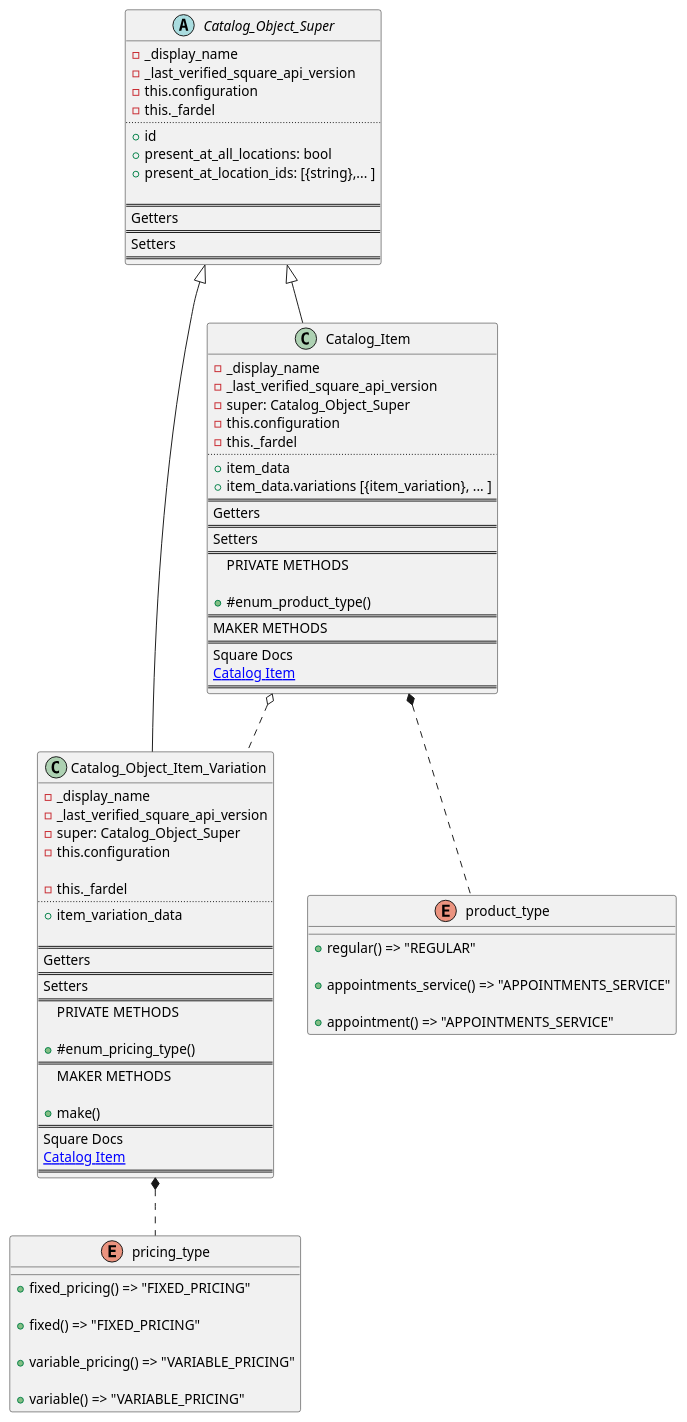
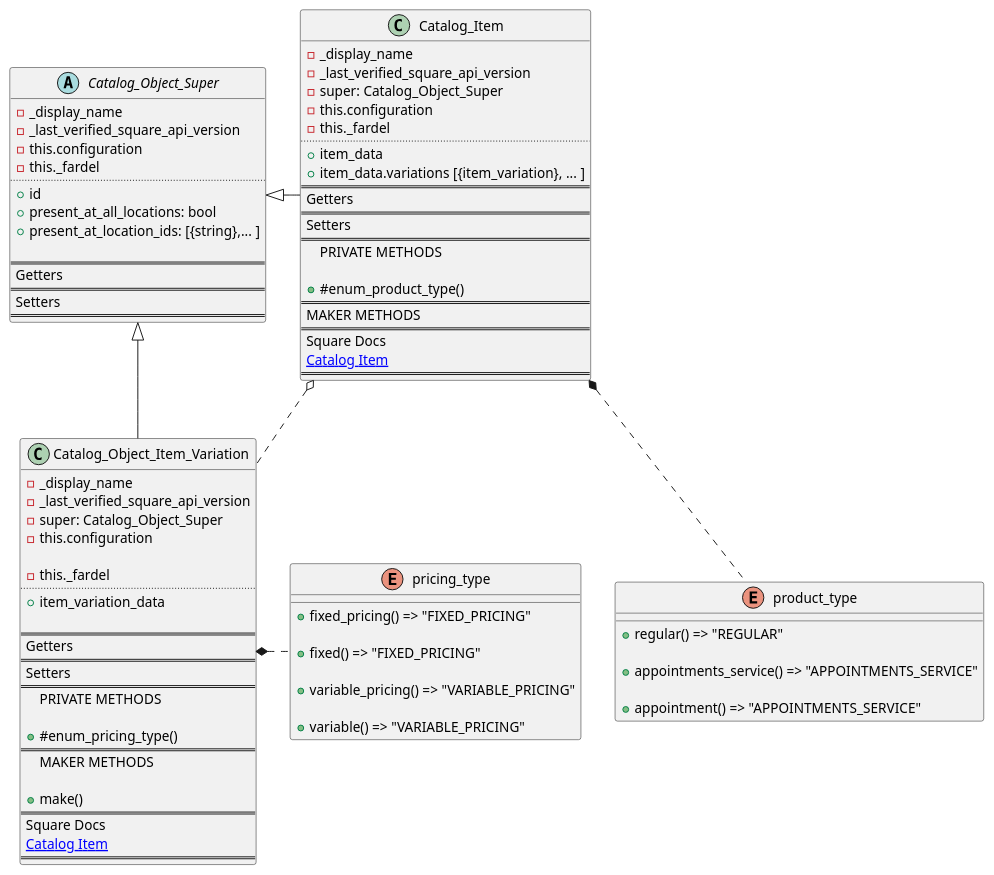
Before and after one commit to TwoFistedJustice/square-pie: the diagram in docs/uml/pie_catalog_objects.puml, drawn with PlantUML.

Commit message:
docs: format lay out

```diff
--- a/docs/uml/pie_catalog_objects.puml
+++ b/docs/uml/pie_catalog_objects.puml
@@ -1,101 +1,103 @@
 @startuml
 'https://plantuml.com/class-diagram
 
+' arrows with one dash display horizontally
+' arrows with two dashes display vertically
 
-Catalog_Object_Super <|-- Catalog_Item
-Catalog_Object_Super <|-- Catalog_Object_Item_Variation
-Catalog_Object_Item_Variation *.. pricing_type
+Catalog_Object_Super <|- Catalog_Item
+Catalog_Object_Super <|- Catalog_Object_Item_Variation
+Catalog_Object_Item_Variation *. pricing_type
 Catalog_Item *.. product_type
 Catalog_Item o.. Catalog_Object_Item_Variation
 
 abstract class Catalog_Object_Super {
 - _display_name
 - _last_verified_square_api_version
 - this.configuration
 - this._fardel
 ..
 +id
 +present_at_all_locations: bool
 +present_at_location_ids: [{string},... ]
 
 ==
 Getters
 ==
 Setters
 ==
 }
 
 class Catalog_Item{
 - _display_name
 - _last_verified_square_api_version
 - super: Catalog_Object_Super
 - this.configuration
 - this._fardel
 ..
 + item_data
 + item_data.variations [{item_variation}, ... ]
 ==
 Getters
 ==
 Setters
 ==
 PRIVATE METHODS
 
 +#enum_product_type()
 ==
 MAKER METHODS
 ==
 Square Docs
 [[https://developer.squareup.com/reference/square/objects/CatalogItem Catalog Item]]
 ==
 }
 
 class Catalog_Object_Item_Variation{
 -_display_name
 -_last_verified_square_api_version
 -super: Catalog_Object_Super
 -this.configuration
 
 -this._fardel
 ..
 +item_variation_data
 
 ==
 Getters
 ==
 Setters
 ==
 PRIVATE METHODS
 
 +#enum_pricing_type()
 ==
 MAKER METHODS
 
 +make()
 ==
 Square Docs
 [[https://developer.squareup.com/reference/square/objects/CatalogItemVariation Catalog Item]]
 ==
 }
 
 
 
 enum product_type {
 +regular() => "REGULAR"
 
 +appointments_service() => "APPOINTMENTS_SERVICE"
 
 +appointment() => "APPOINTMENTS_SERVICE"
 }
 
 enum pricing_type {
 +fixed_pricing() => "FIXED_PRICING"
 
 +fixed() => "FIXED_PRICING"
 
 +variable_pricing() => "VARIABLE_PRICING"
 
 +variable() => "VARIABLE_PRICING"
 }
 
 @enduml
```
